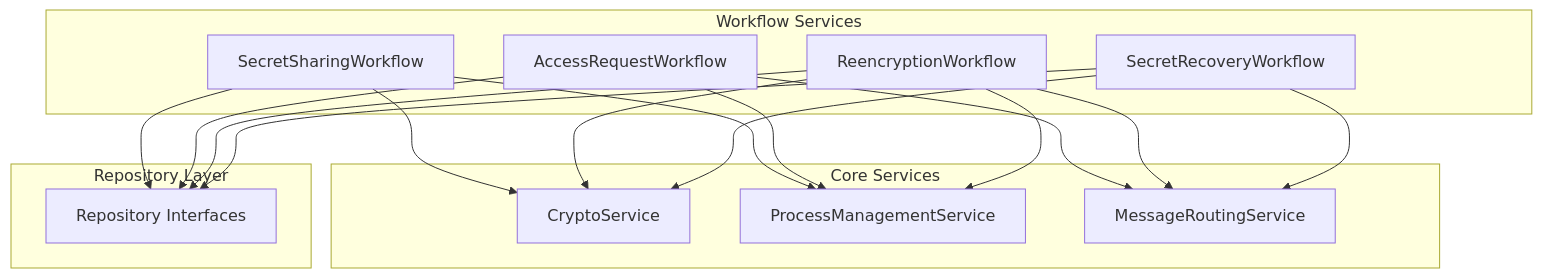
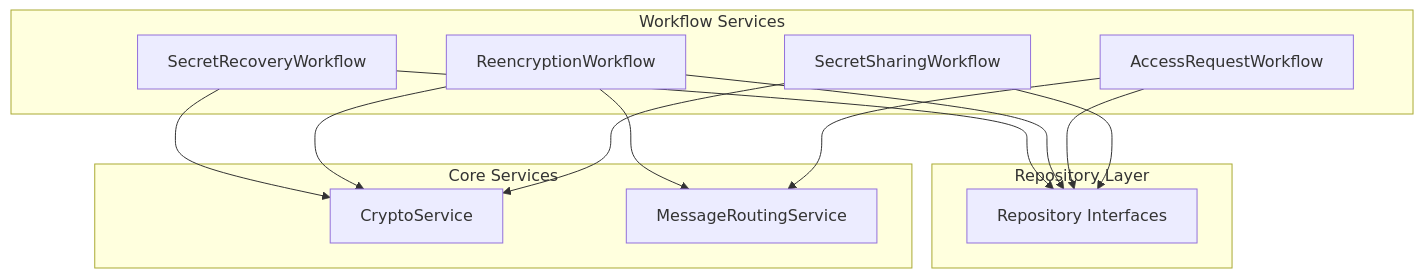
One commit to shodaimomiyama/D-TPRES changed the first of 2 diagrams in docs/development/service/workflow-service/workflow-service.md. Above: the diagram before and after it, drawn with Mermaid. The commit also changed other lines of this file and 2 other files, not shown here.

Commit message:
サービス層のドキュメントを更新し、ProcessManagementServiceの削除に伴う新しいプロセス管理アプローチを反映しました。具体的には、Domain層でのビジネスロジックの実装、Repository層での状態管理、Workflow層での直接管理を強調し、シンプルで保守性の高い設計を実現しています。また、Core Servicesの構成を見直し、MessageRoutingServiceの役割を明確化しました。

````diff
--- a/docs/development/service/workflow-service/workflow-service.md
+++ b/docs/development/service/workflow-service/workflow-service.md
@@ -17,36 +17,31 @@
 ```mermaid
 graph TB
     subgraph "Workflow Services"
         WS1[SecretSharingWorkflow]
         WS2[AccessRequestWorkflow]
         WS3[ReencryptionWorkflow]
         WS4[SecretRecoveryWorkflow]
     end
-    
+
     subgraph "Core Services"
         CS1[CryptoService]
-        CS2[ProcessManagementService]
         CS3[MessageRoutingService]
     end
-    
+
     subgraph "Repository Layer"
         R[Repository Interfaces]
     end
-    
+
     WS1 --> CS1
-    WS1 --> CS2
     WS1 --> R
-    
-    WS2 --> CS2
+
     WS2 --> CS3
     WS2 --> R
-    
+
     WS3 --> CS1
-    WS3 --> CS2
     WS3 --> CS3
     WS3 --> R
-    
+
     WS4 --> CS1
-    WS4 --> CS3
     WS4 --> R
 ```
````
